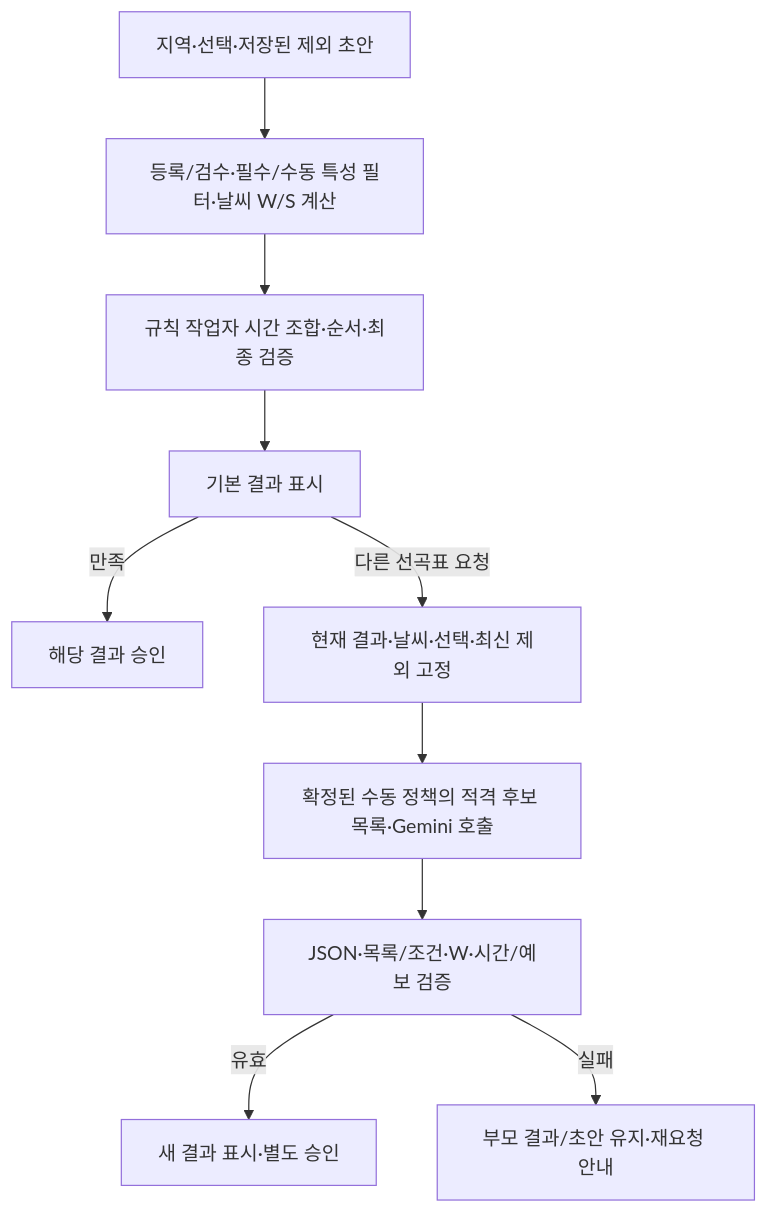
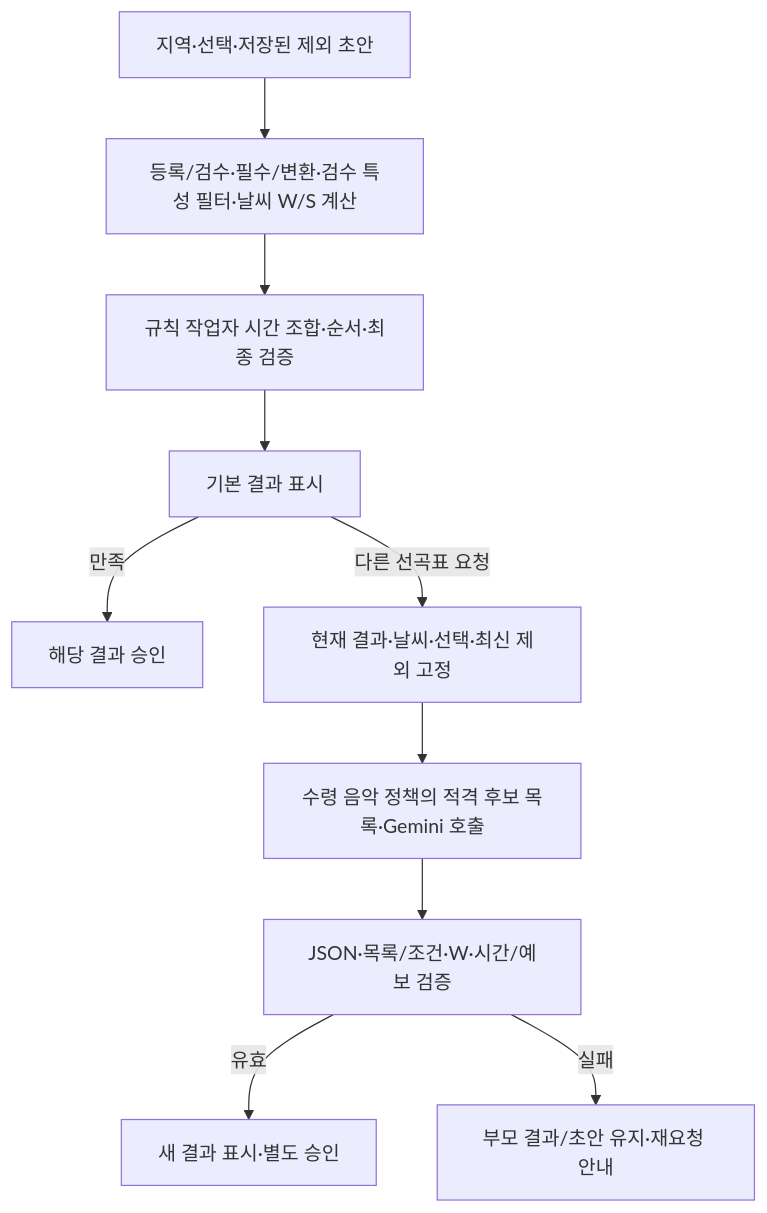
One commit to encore-ai-campus/mlo-01-p3-team1 changed the diagram in docs/product/카페_음악_서비스_3차_Gemini_API_추천_설계.md. Above: the diagram before and after it, drawn with Mermaid. The commit also changed other lines of this file and 36 other files, not shown here.

````diff
--- a/docs/product/카페_음악_서비스_3차_Gemini_API_추천_설계.md
+++ b/docs/product/카페_음악_서비스_3차_Gemini_API_추천_설계.md
@@ -37,12 +46,12 @@
 ```mermaid
 flowchart TD
-    A[지역·선택·저장된 제외 초안] --> B[등록/검수·필수/수동 특성 필터·날씨 W/S 계산]
+    A[지역·선택·저장된 제외 초안] --> B[등록/검수·필수/변환·검수 특성 필터·날씨 W/S 계산]
     B --> C[규칙 작업자 시간 조합·순서·최종 검증]
     C --> D[기본 결과 표시]
     D -->|만족| E[해당 결과 승인]
     D -->|다른 선곡표 요청| F[현재 결과·날씨·선택·최신 제외 고정]
-    F --> G[확정된 수동 정책의 적격 후보 목록·Gemini 호출]
+    F --> G[수령 음악 정책의 적격 후보 목록·Gemini 호출]
     G --> H[JSON·목록/조건·W·시간/예보 검증]
     H -->|유효| I[새 결과 표시·별도 승인]
     H -->|실패| J[부모 결과/초안 유지·재요청 안내]
 ```
````
